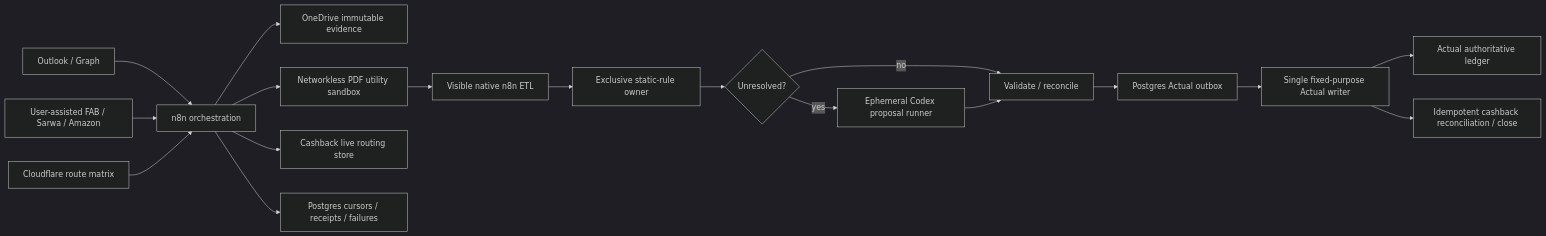
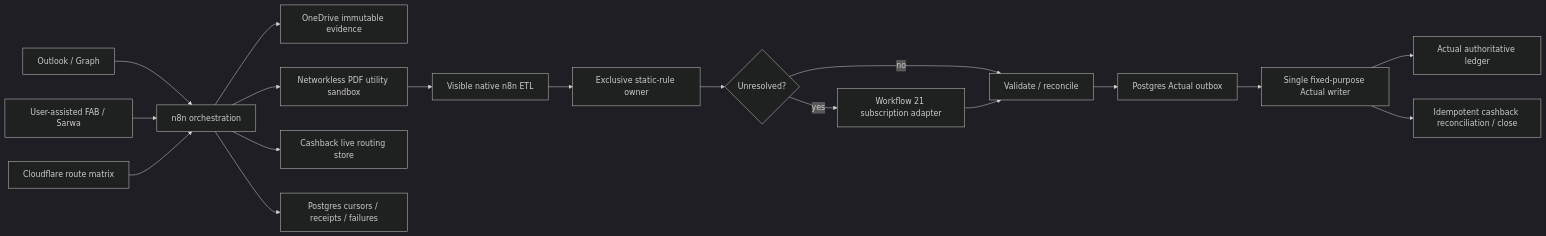
Before and after one commit to srobroek/finance-statement-tracker: the diagram in docs/end-to-end-project-plan-2026-08-19.md, drawn with Mermaid (dark theme). The commit also changed other lines of this file and 18 other files, not shown here.

````diff
--- a/docs/end-to-end-project-plan-2026-08-19.md
+++ b/docs/end-to-end-project-plan-2026-08-19.md
@@ -92,20 +93,20 @@
 ```mermaid
 flowchart LR
     O["Outlook / Graph"] --> N["n8n orchestration"]
-    B["User-assisted FAB / Sarwa / Amazon"] --> N
+    B["User-assisted FAB / Sarwa"] --> N
     N --> OD["OneDrive immutable evidence"]
     N --> PDF["Networkless PDF utility sandbox"]
     PDF --> ETL["Visible native n8n ETL"]
     ETL --> RULES["Exclusive static-rule owner"]
     RULES --> AI{"Unresolved?"}
-    AI -->|"yes"| MODEL["Ephemeral Codex proposal runner"]
+    AI -->|"yes"| MODEL["Workflow 21 subscription adapter"]
     AI -->|"no"| VALIDATE["Validate / reconcile"]
     MODEL --> VALIDATE
     VALIDATE --> OUTBOX["Postgres Actual outbox"]
     OUTBOX --> WRITER["Single fixed-purpose Actual writer"]
     WRITER --> ACTUAL["Actual authoritative ledger"]
     N --> CASH["Cashback live routing store"]
     WRITER --> CLOSE["Idempotent cashback reconciliation / close"]
     N --> PG["Postgres cursors / receipts / failures"]
     CF["Cloudflare route matrix"] --> N
 ```
````
